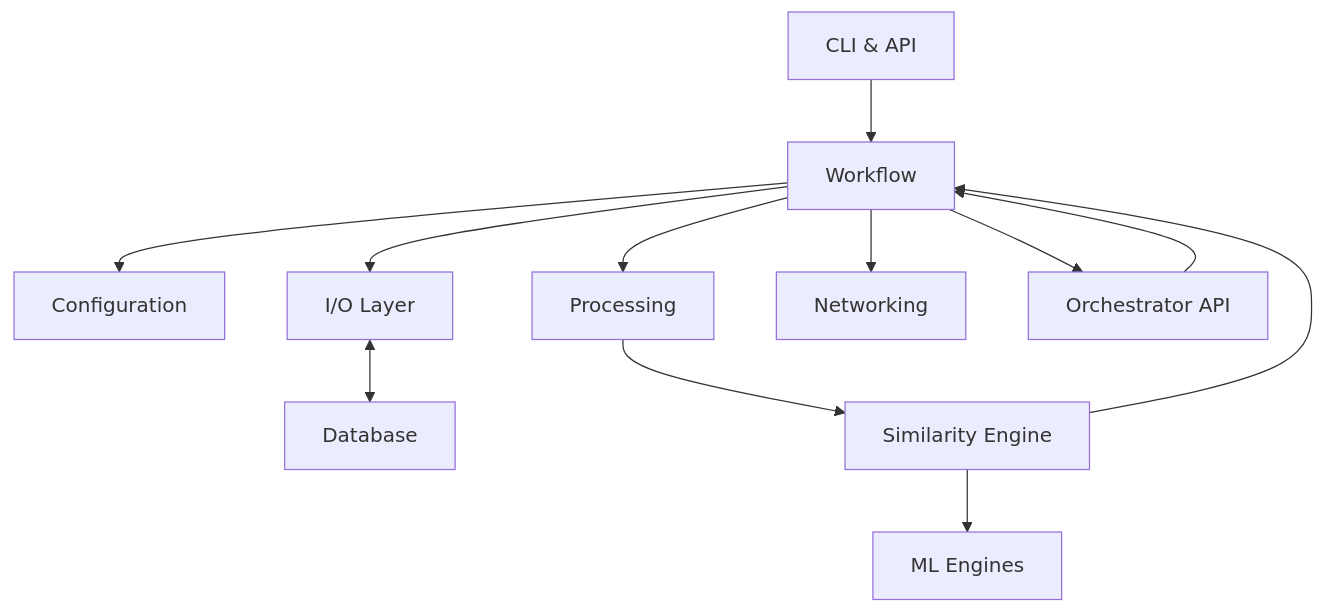
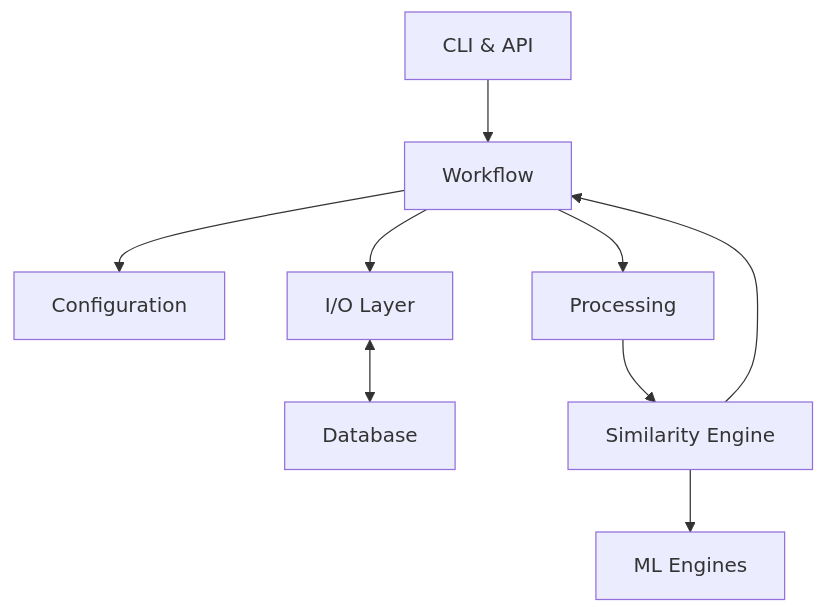
Before and after one commit to janusson/MassFlow: the second of 3 diagrams in ARCHITECTURE.md, drawn with Mermaid. The commit also changed other lines of this file and 11 other files, not shown here.

````diff
--- a/ARCHITECTURE.md
+++ b/ARCHITECTURE.md
@@ -164,14 +164,11 @@
 ```mermaid
 graph TD
     CLI[CLI & API] --> WORKFLOW[Workflow]
     WORKFLOW --> CONFIG[Configuration]
     WORKFLOW --> IO[I/O Layer]
     IO <--> DB[Database]
     WORKFLOW --> PROCESS[Processing]
     PROCESS --> SIM[Similarity Engine]
     SIM --> WORKFLOW
     SIM --> ML[ML Engines]
-    WORKFLOW --> NET[Networking]
-    WORKFLOW --> ORCH[Orchestrator API]
-    ORCH --> WORKFLOW
 ```
````
